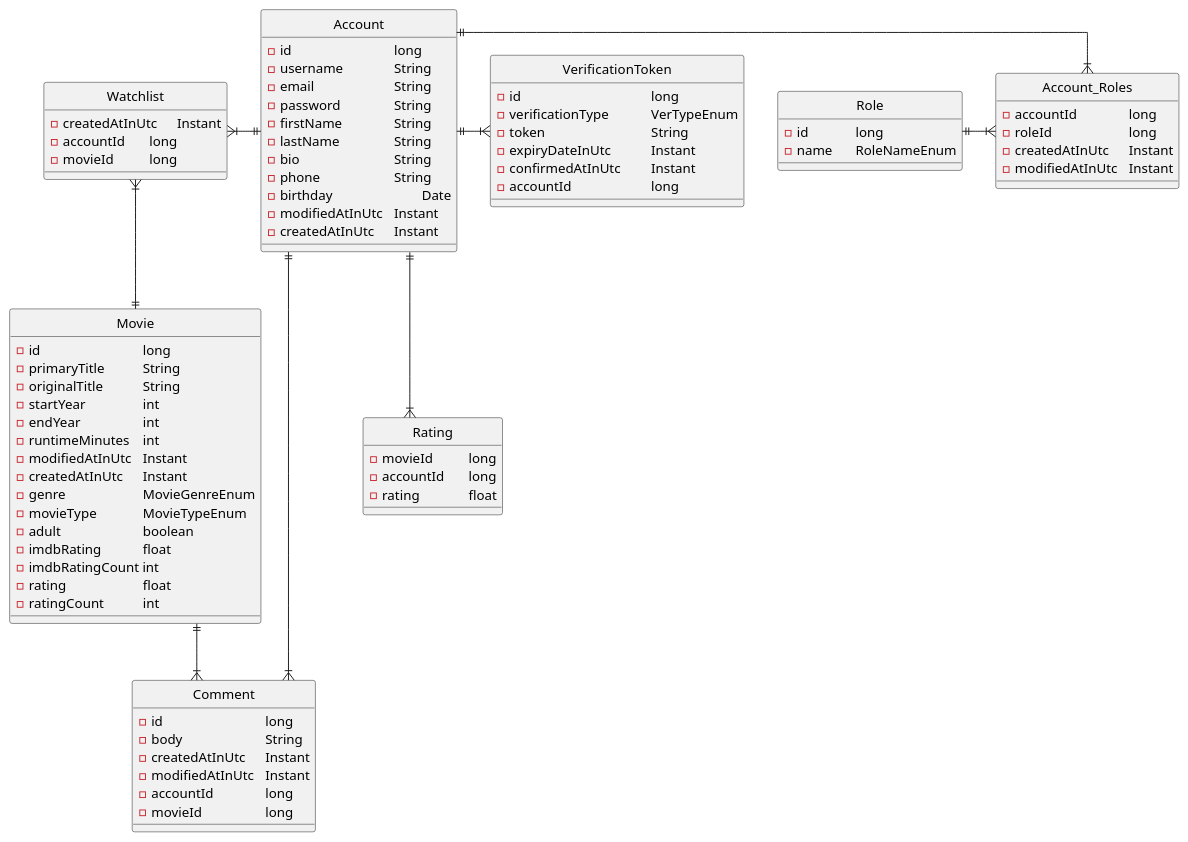
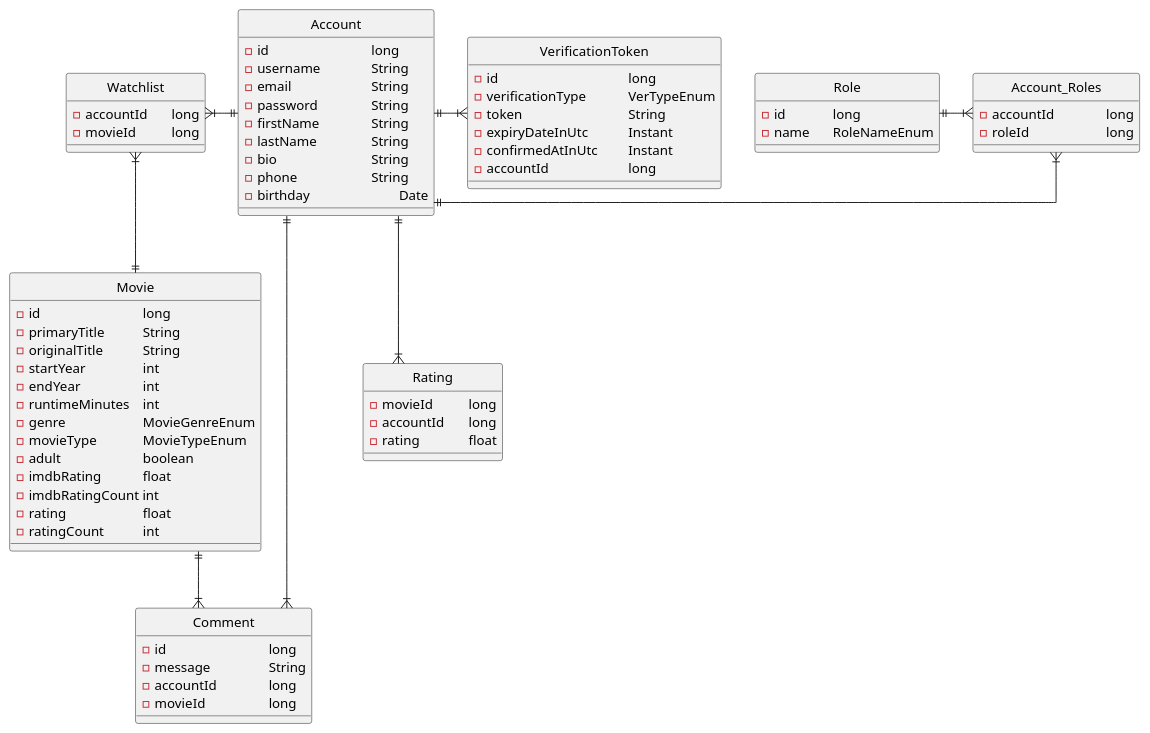
The diagram in infrastructure/datamodel.puml (NiklasTiede/imdb-clone), drawn with PlantUML before and after one commit.

Commit message:
remove timestamps from data model

```diff
--- a/infrastructure/datamodel.puml
+++ b/infrastructure/datamodel.puml
@@ -1,92 +1,83 @@
 @startuml
 
 
 skinparam linetype polyline
 skinparam linetype ortho
 
 hide circle
 class Movie {
   - id \t\t\t\t long
   - primaryTitle \t\t String
   - originalTitle \t\t String
   - startYear \t\t int
   - endYear \t\t int
   - runtimeMinutes \t int
-  - modifiedAtInUtc \t Instant
-  - createdAtInUtc \t Instant
   - genre \t\t\t MovieGenreEnum
   - movieType \t\t MovieTypeEnum
   - adult \t\t\t boolean
   - imdbRating \t\t float
   - imdbRatingCount int
   - rating \t\t\t float
   - ratingCount \t\t int
 }
 
 class Account {
   - id \t\t\t\t long
   - username \t\t String
   - email \t\t\t String
   - password \t\t String
   - firstName \t\t String
   - lastName \t\t String
   - bio \t\t\t\t String
   - phone \t\t\t String
   - birthday \t\t\t Date
-  - modifiedAtInUtc \t Instant
-  - createdAtInUtc \t Instant
 }
 
 class Rating {
   - movieId \t\t long
   - accountId \t long
   - rating \t\t float
 }
 
 class Comment {
   - id \t\t\t\t long
-  - body \t\t\t String
-  - createdAtInUtc \t Instant
-  - modifiedAtInUtc \t Instant
+  - message \t\t String
   - accountId \t\t long
   - movieId \t\t\t long
 }
 
 class Watchlist {
-  - createdAtInUtc \t Instant
   - accountId \t long
   - movieId \t\t long
 }
 
 class Role {
   - id \t\t long
   - name \t RoleNameEnum
 }
 
 class Account_Roles {
   - accountId \t\t long
   - roleId \t\t\t long
-  - createdAtInUtc \t Instant
-  - modifiedAtInUtc \t Instant
 }
 
 
 class VerificationToken {
   - id \t\t\t\t\t long
   - verificationType \t\t VerTypeEnum
   - token \t\t\t\t String
   - expiryDateInUtc \t\t Instant
   - confirmedAtInUtc \t Instant
   - accountId \t\t\t long
 }
 
 Account ||-down-|{ Rating
 Account ||-left-|{ Watchlist
 Account ||-right-|{ Comment
 Account ||-right-|{ Account_Roles
 Role ||-right-|{ Account_Roles
 Account ||-right-|{ VerificationToken
 Movie ||-down-|{ Comment
 Movie ||-up-|{ Watchlist
 
 @enduml
```
